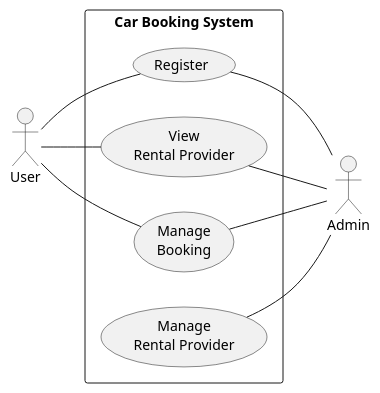
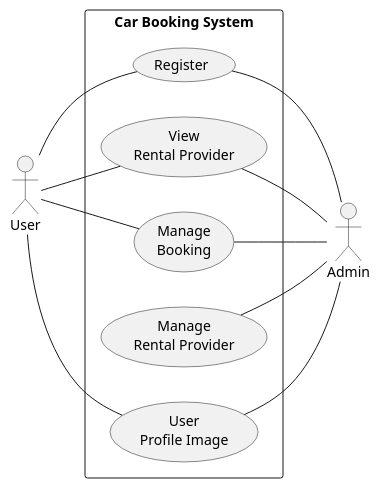
Before and after one commit to 2110503TACEDT66/presentation-day-1-gambit-man: the diagram in UML/sequenceDiagram/UseCase/UseCase.puml, drawn with PlantUML.

```diff
--- a/UML/sequenceDiagram/UseCase/UseCase.puml
+++ b/UML/sequenceDiagram/UseCase/UseCase.puml
@@ -1,22 +1,25 @@
 @startuml Car Booking System Use Case Diagram
 left to right direction
 actor "User" as user
 rectangle "Car Booking System" as CarBookingSystem {    
     usecase "Register" as Register
     usecase "View\nRental Provider" as ViewRental
     usecase "Manage\nBooking" as ManageBooking
     usecase "Manage\nRental Provider" as ManageRental
+    usecase "User\nProfile Image" as UserProfileimage
 }
 
 user -- Register
 user -- ViewRental
 user -- ManageBooking
+user -- UserProfileimage
 
 actor "Admin" as Admin
 Register -- Admin
 ViewRental -- Admin
 ManageBooking -- Admin
 ManageRental -- Admin
+UserProfileimage -- Admin
 
 
 @enduml
```
